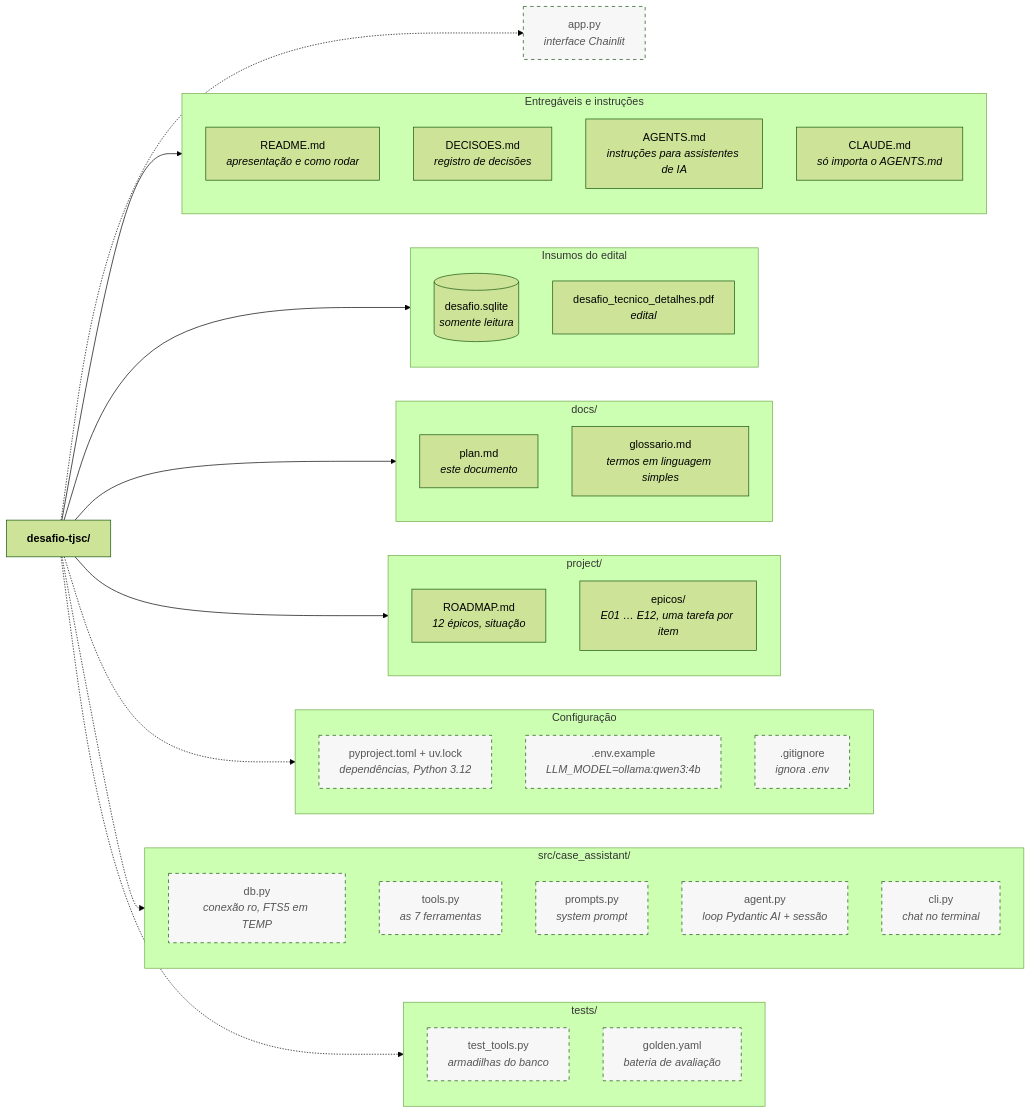
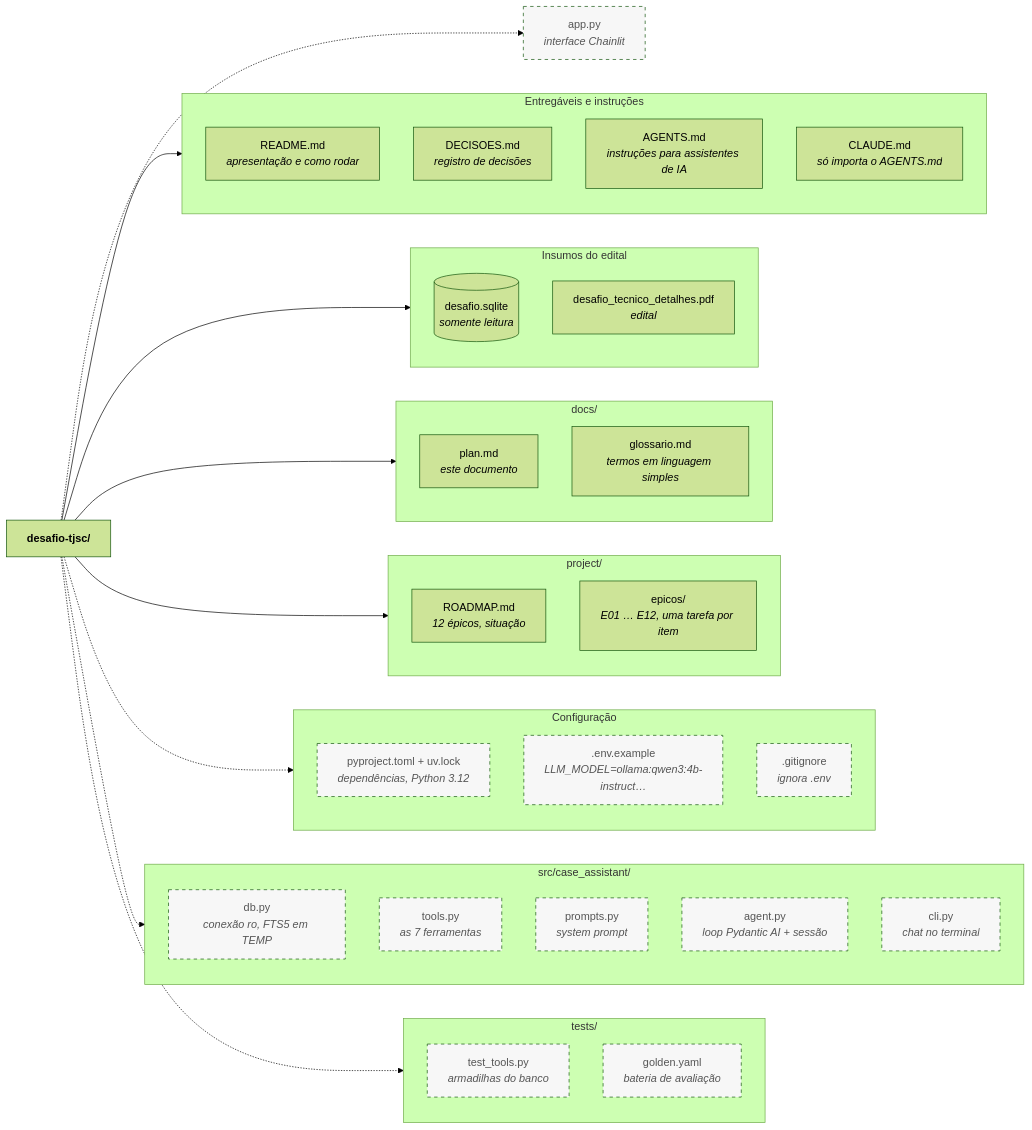
The fourth of 4 diagrams in docs/plan.md (andrepiacentini/agente-juridico), drawn with Mermaid (forest theme) before and after one commit. The commit also changed other lines of this file and 7 other files, not shown here.

First line of the commit message:
chore(T1.2): modelo local qwen3:4b-instruct-2507

````diff
--- a/docs/plan.md
+++ b/docs/plan.md
@@ -318,53 +318,53 @@
 ```mermaid
 flowchart LR
     ROOT["<b>desafio-tjsc/</b>"]
 
     subgraph ENTREGA["Entregáveis e instruções"]
         README["README.md<br/><i>apresentação e como rodar</i>"]
         DECISOES["DECISOES.md<br/><i>registro de decisões</i>"]
         AGENTS["AGENTS.md<br/><i>instruções para assistentes de IA</i>"]
         CLAUDE["CLAUDE.md<br/><i>só importa o AGENTS.md</i>"]
     end
 
     subgraph DADOS["Insumos do edital"]
         SQLITE[("desafio.sqlite<br/><i>somente leitura</i>")]
         PDF["desafio_tecnico_detalhes.pdf<br/><i>edital</i>"]
     end
 
     subgraph DOCS["docs/"]
         PLAN["plan.md<br/><i>este documento</i>"]
         GLOSS["glossario.md<br/><i>termos em linguagem simples</i>"]
     end
 
     subgraph PROJECT["project/"]
         ROADMAP["ROADMAP.md<br/><i>12 épicos, situação</i>"]
         EPICS["epicos/<br/><i>E01 … E12, uma tarefa por item</i>"]
     end
 
     subgraph CONFIG["Configuração"]
         PYPROJECT["pyproject.toml + uv.lock<br/><i>dependências, Python 3.12</i>"]
-        ENV[".env.example<br/><i>LLM_MODEL=ollama:qwen3:4b</i>"]
+        ENV[".env.example<br/><i>LLM_MODEL=ollama:qwen3:4b-instruct…</i>"]
         GITIGNORE[".gitignore<br/><i>ignora .env</i>"]
     end
 
     subgraph SRC["src/case_assistant/"]
         DB["db.py<br/><i>conexão ro, FTS5 em TEMP</i>"]
         TOOLS["tools.py<br/><i>as 7 ferramentas</i>"]
         PROMPTS["prompts.py<br/><i>system prompt</i>"]
         AGENT["agent.py<br/><i>loop Pydantic AI + sessão</i>"]
         CLI["cli.py<br/><i>chat no terminal</i>"]
     end
 
     APP["app.py<br/><i>interface Chainlit</i>"]
 
     subgraph TESTS["tests/"]
         TTOOLS["test_tools.py<br/><i>armadilhas do banco</i>"]
         GOLDEN["golden.yaml<br/><i>bateria de avaliação</i>"]
     end
 
     ROOT --> ENTREGA & DADOS & DOCS & PROJECT
     ROOT -.-> CONFIG & SRC & APP & TESTS
 
     classDef planned stroke-dasharray: 5 5,fill:#f7f7f7,color:#555
     class PYPROJECT,ENV,GITIGNORE,DB,TOOLS,PROMPTS,AGENT,CLI,APP,TTOOLS,GOLDEN planned
 ```
````
